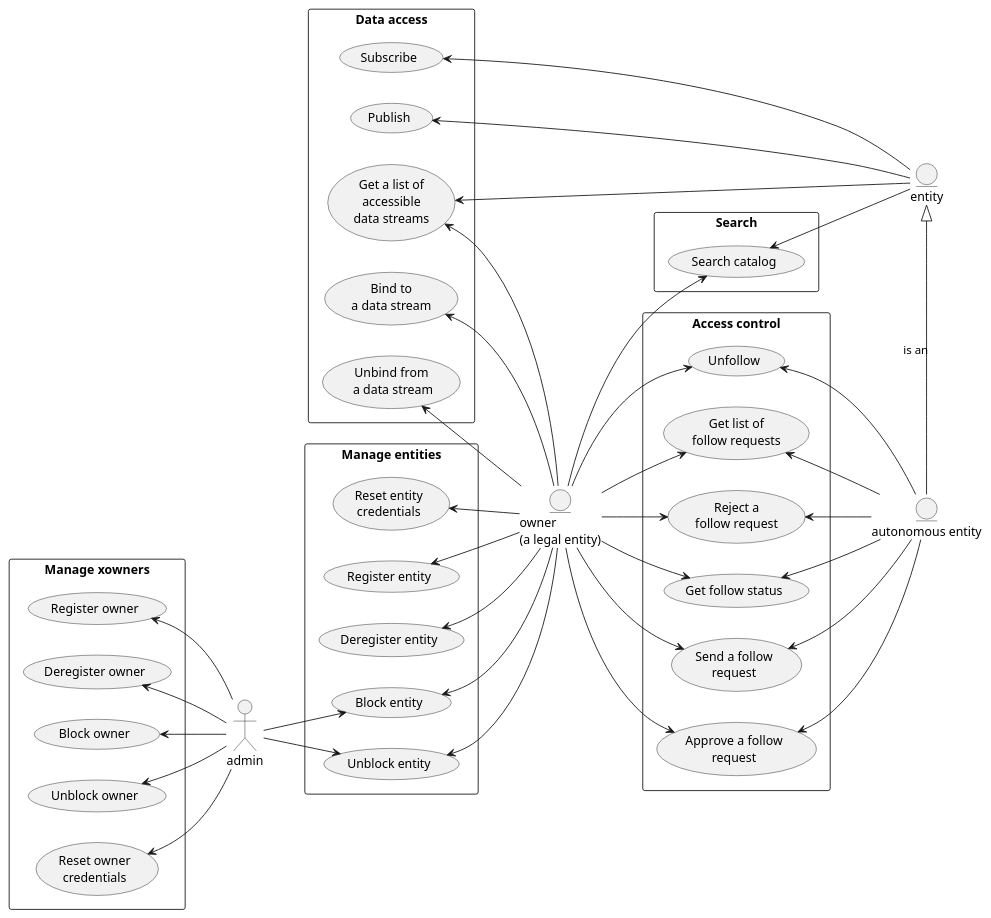
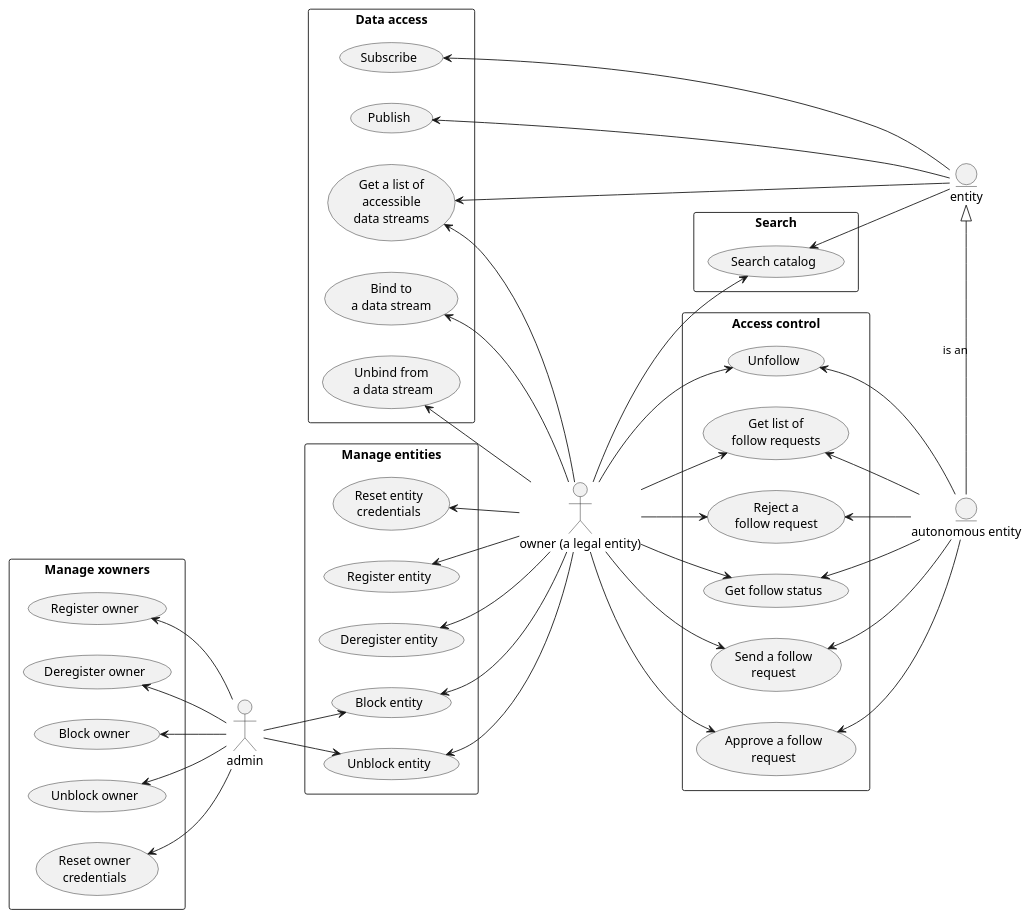
The diagram in DOCS/usecase-diagrams/uc.plantuml (rbccps-iisc/corinthian), drawn with PlantUML before and after one commit. The commit also changed 2 other files, not shown here.

```diff
--- a/DOCS/usecase-diagrams/uc.plantuml
+++ b/DOCS/usecase-diagrams/uc.plantuml
@@ -1,100 +1,100 @@
 @startuml
 left to right direction
 
-entity owner as "owner\n(a legal entity)"
+actor owner as "owner (a legal entity)"
 
 
 rectangle "Manage xowners" {
 
 	(Register owner)
 	(Deregister owner)
 	(Block owner)
 	(Unblock owner)
 	(Reset owner\ncredentials)
 
 }
 
 rectangle "Manage entities" {
 	(Register entity)
 	(Deregister entity)
 	(Block entity)
 	(Unblock entity)
 	(Reset entity\ncredentials)
 
 }
 
 rectangle "Access control" {
 
 	(Send a follow\nrequest)
 	(Approve a follow\nrequest)
 	(Unfollow)
 	(Get list of\nfollow requests)
 	(Reject a\nfollow request)
 	(Get follow status)
 }
 
 rectangle "Data access" {
 
 	(Publish)
 	(Subscribe)
 
 	(Bind to\na data stream)
 	(Unbind from\n a data stream)
 	(Get a list of\naccessible\ndata streams)
 }
 
 rectangle "Search" {
 	(Search catalog)
 }
 
 
 (Unblock owner) <-- admin
 (Block owner) <-- admin
 (Deregister owner) <-- admin
 (Register owner) <-- admin
 (Reset owner\ncredentials) <-- admin
 
 
 admin --> (Unblock entity)
 admin --> (Block entity)
 
 (Reset entity\ncredentials) <-- owner
 (Register entity) <-- owner
 (Deregister entity) <-- owner
 (Unblock entity) <-- owner
 (Block entity) <-- owner
 
 
 owner --> (Approve a follow\nrequest)
 owner --> (Send a follow\nrequest)
 owner --> (Unfollow)
 
 
 (Bind to\na data stream) <-- owner
 (Unbind from\n a data stream) <-- owner
 (Get a list of\naccessible\ndata streams) <-- owner
 
 owner --> (Get list of\nfollow requests)
 owner --> (Reject a\nfollow request)
 owner --> (Get follow status)
 
 owner --> (Search catalog)
 
 entity entity
 
 (Publish) <-- entity
 (Subscribe) <-- entity
 (Get a list of\naccessible\ndata streams) <-- entity
 (Search catalog) <-- entity
 
 entity "autonomous entity" as a
 entity <|- a : is an
 
 (Send a follow\nrequest) <-- a
 (Approve a follow\nrequest) <-- a
 (Reject a\nfollow request) <-- a
 (Get follow status) <-- a
 (Unfollow) <-- a
 (Get list of\nfollow requests) <-- a
 
 @enduml
```
